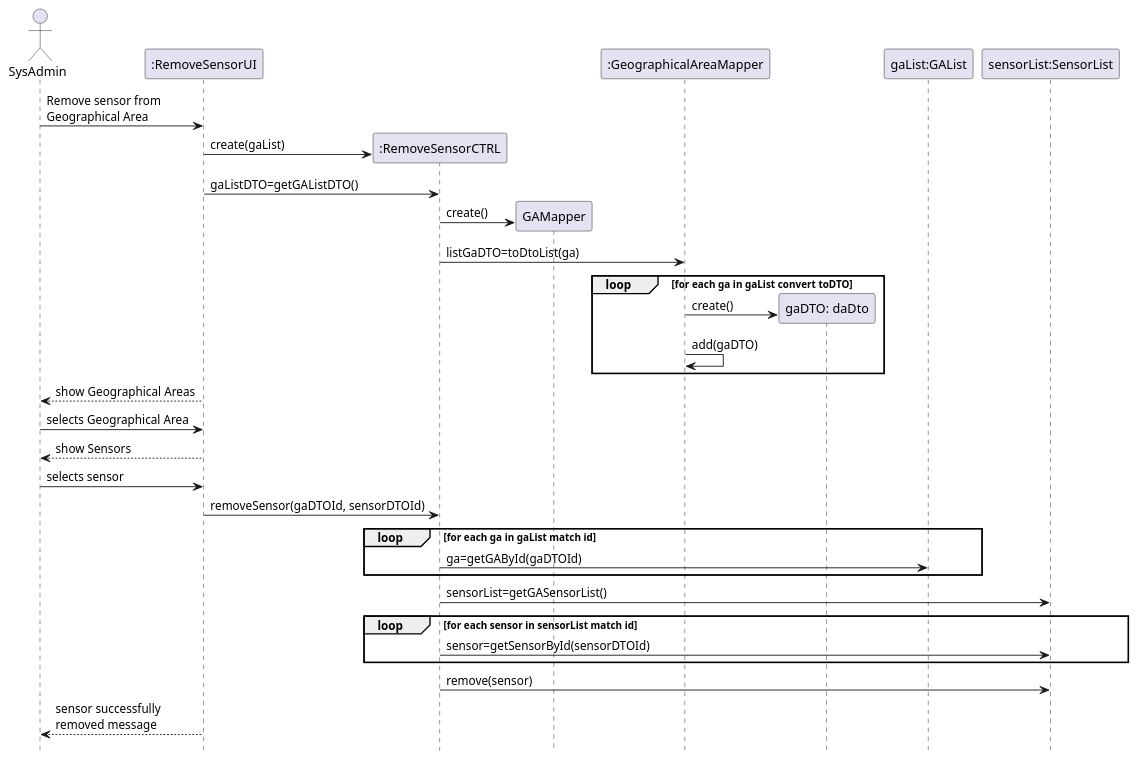
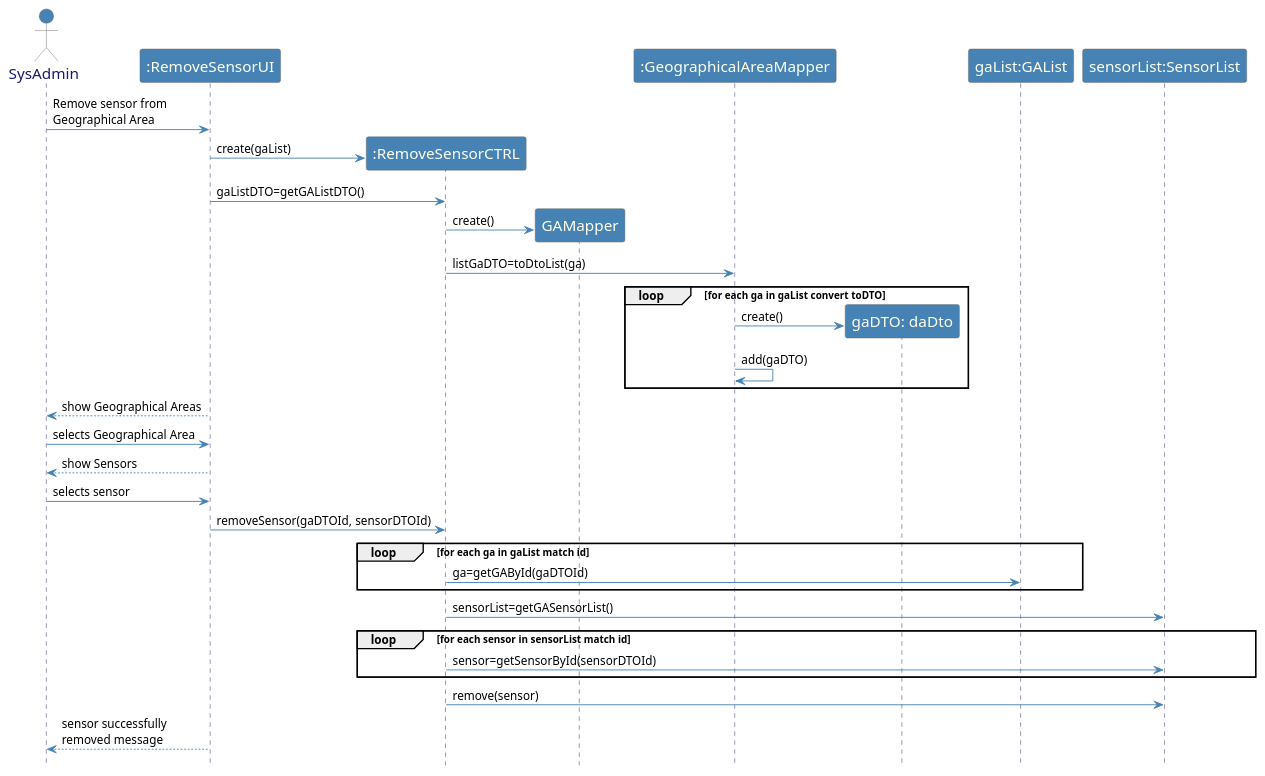
Before and after one commit to emanuel-pereira/hou: the diagram in src/main/java/smarthome/controller/sequenceDiagrams/sd_RemoveGASensor.puml, drawn with PlantUML.

Commit message:
ref #122 updated sequence diagram of remove sensor from geographical area.

```diff
--- a/src/main/java/smarthome/controller/sequenceDiagrams/sd_RemoveGASensor.puml
+++ b/src/main/java/smarthome/controller/sequenceDiagrams/sd_RemoveGASensor.puml
@@ -1,39 +1,54 @@
 @startuml
 
+skinparam sequence {
+	ArrowColor SteelBlue
+	ActorBorderColor Dimgray
+	LifeLineBorderColor MidnightBlue
+	LifeLineBackgroundColor #A9DCDF
 
+	ParticipantBorderColor Dimgray
+	ParticipantBackgroundColor SteelBlue
+	ParticipantFontName Calibri Bold
+	ParticipantFontSize 17
+	ParticipantFontColor Ivory
 
+	ActorBackgroundColor SteelBlue
+	ActorFontColor MidnightBlue
+	ActorFontSize 17
+	ActorFontName Aapex
+}
 hidefootbox
 actor SysAdmin
 SysAdmin -> ":RemoveSensorUI":  Remove sensor from \nGeographical Area
 create ":RemoveSensorUI"
 create ":RemoveSensorCTRL"
 ":RemoveSensorUI" -> ":RemoveSensorCTRL": create(gaList)
 ":RemoveSensorUI"->":RemoveSensorCTRL": gaListDTO=getGAListDTO()
 create GAMapper
 ":RemoveSensorCTRL"->GAMapper:create()
 ":RemoveSensorCTRL"->":GeographicalAreaMapper":listGaDTO=toDtoList(ga)
 
 
 loop for each ga in gaList convert toDTO
 create "gaDTO: daDto"
 ":GeographicalAreaMapper"->"gaDTO: daDto":create()
 
 ":GeographicalAreaMapper"->":GeographicalAreaMapper":add(gaDTO)
 end
 SysAdmin<--":RemoveSensorUI": show Geographical Areas
 SysAdmin -> ":RemoveSensorUI": selects Geographical Area
 
 SysAdmin<--":RemoveSensorUI":show Sensors
 SysAdmin->":RemoveSensorUI": selects sensor
 ":RemoveSensorUI"->":RemoveSensorCTRL": removeSensor(gaDTOId, sensorDTOId)
 loop for each ga in gaList match id
 ":RemoveSensorCTRL"->"gaList:GAList": ga=getGAById(gaDTOId)
 end
 ":RemoveSensorCTRL"->"sensorList:SensorList": sensorList=getGASensorList()
 
 loop for each sensor in sensorList match id
 ":RemoveSensorCTRL"->"sensorList:SensorList": sensor=getSensorById(sensorDTOId)
 end
 ":RemoveSensorCTRL"->"sensorList:SensorList":remove(sensor)
 SysAdmin<--":RemoveSensorUI":sensor successfully \nremoved message
 @enduml
```
